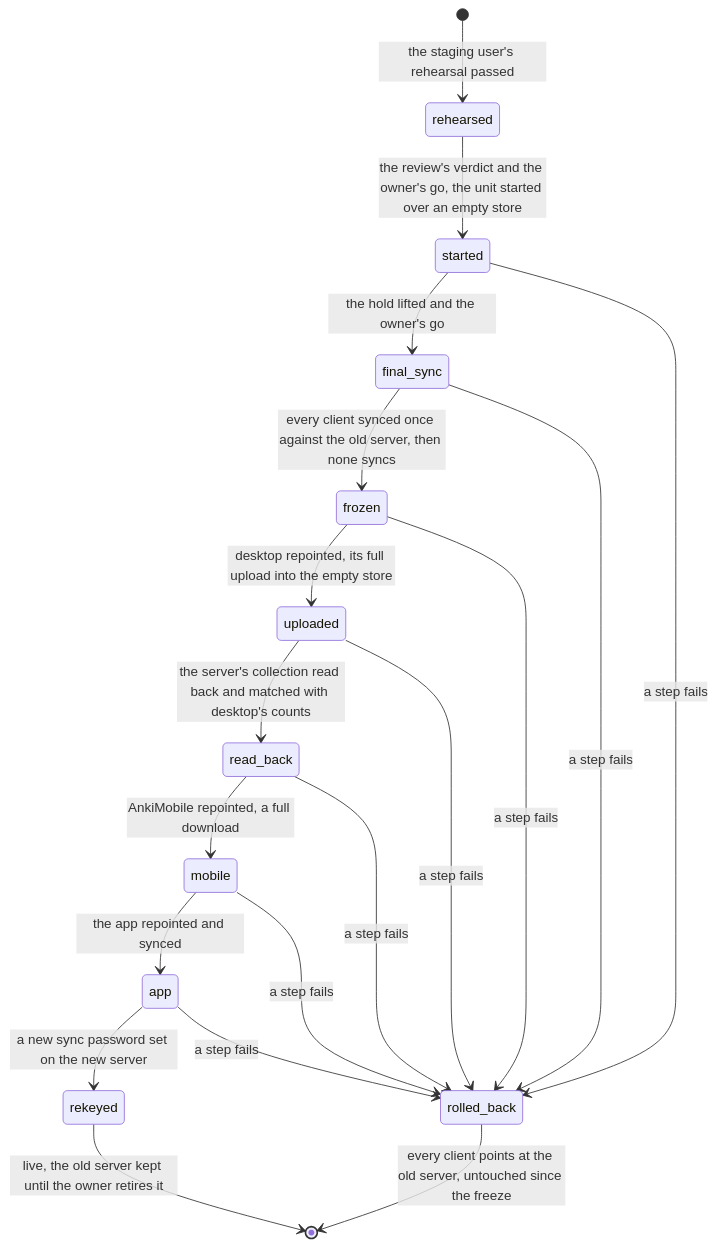
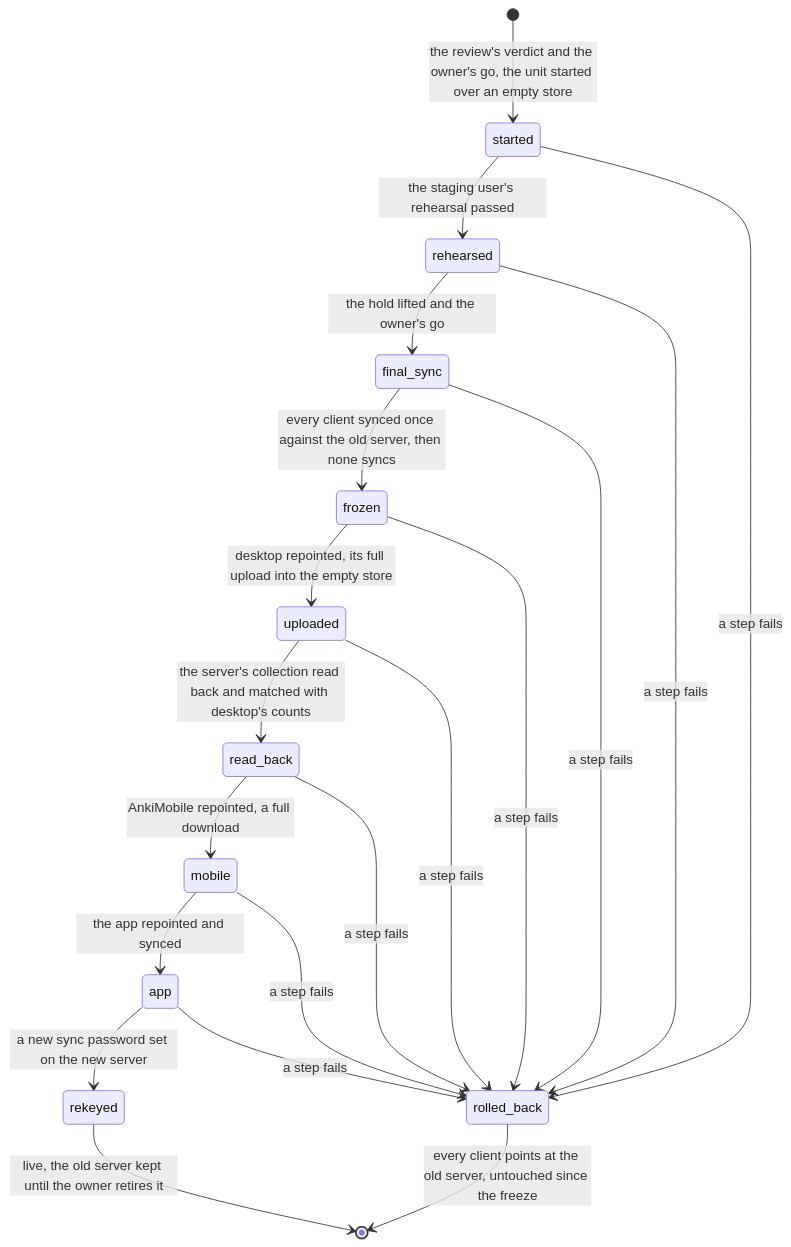
One commit to RexRenatus/deck-streak changed the second of 2 diagrams in docs/schematics/sync-server-packaging-and-cutover.md. Above: the diagram before and after it, drawn with Mermaid. The commit also changed other lines of this file, not shown here.

Commit message:
docs(schematic): the unit starts before the staging rehearsal

````diff
--- a/docs/schematics/sync-server-packaging-and-cutover.md
+++ b/docs/schematics/sync-server-packaging-and-cutover.md
@@ -67,21 +67,22 @@
 ```mermaid
 stateDiagram-v2
-  [*] --> rehearsed: the staging user's rehearsal passed
-  rehearsed --> started: the review's verdict and the owner's go, the unit started over an empty store
-  started --> final_sync: the hold lifted and the owner's go
+  [*] --> started: the review's verdict and the owner's go, the unit started over an empty store
+  started --> rehearsed: the staging user's rehearsal passed
+  rehearsed --> final_sync: the hold lifted and the owner's go
   final_sync --> frozen: every client synced once against the old server, then none syncs
   frozen --> uploaded: desktop repointed, its full upload into the empty store
   uploaded --> read_back: the server's collection read back and matched with desktop's counts
   read_back --> mobile: AnkiMobile repointed, a full download
   mobile --> app: the app repointed and synced
   app --> rekeyed: a new sync password set on the new server
   rekeyed --> [*]: live, the old server kept until the owner retires it
   started --> rolled_back: a step fails
+  rehearsed --> rolled_back: a step fails
   final_sync --> rolled_back: a step fails
   frozen --> rolled_back: a step fails
   uploaded --> rolled_back: a step fails
   read_back --> rolled_back: a step fails
   mobile --> rolled_back: a step fails
   app --> rolled_back: a step fails
   rolled_back --> [*]: every client points at the old server, untouched since the freeze
 ```
````
